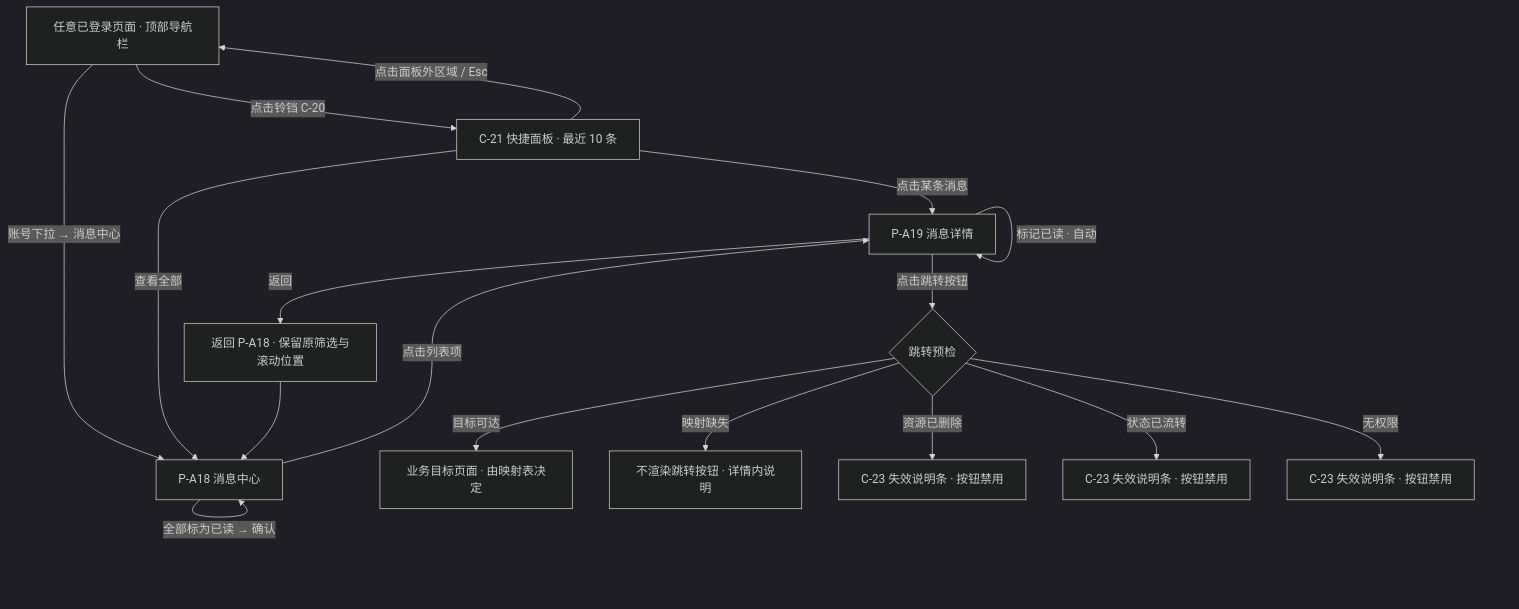
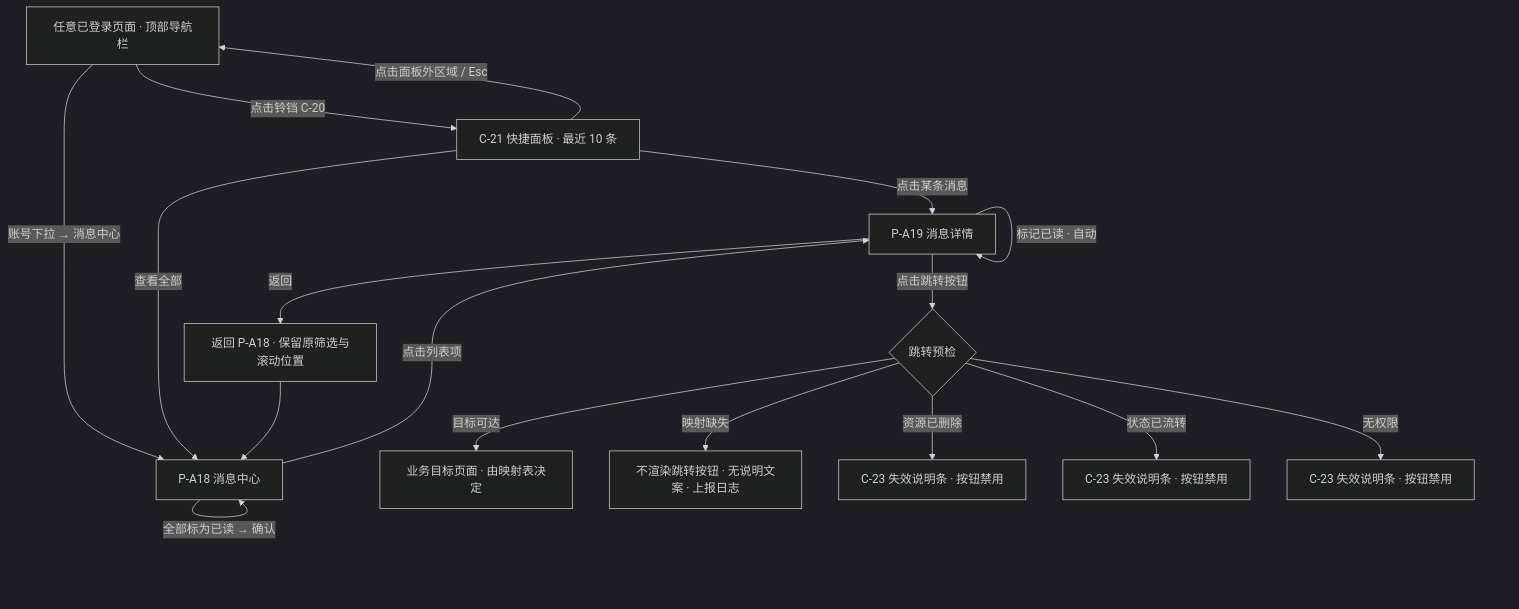
The diagram in asset-platform/prd/v1.0-消息通知/v1.0-消息通知-PRD.md (wxblockchain/Chain-Financing), drawn with Mermaid (dark theme) before and after one commit. The commit also changed other lines of this file and 5 other files, not shown here.

````diff
--- a/asset-platform/prd/v1.0-消息通知/v1.0-消息通知-PRD.md
+++ b/asset-platform/prd/v1.0-消息通知/v1.0-消息通知-PRD.md
@@ -370,25 +370,25 @@
 ```mermaid
 flowchart TD
     Nav[任意已登录页面 · 顶部导航栏] -->|点击铃铛 C-20| Panel[C-21 快捷面板 · 最近 10 条]
     Nav -->|账号下拉 → 消息中心| List[P-A18 消息中心]
 
     Panel -->|点击某条消息| Detail[P-A19 消息详情]
     Panel -->|查看全部| List
     Panel -->|点击面板外区域 / Esc| Nav
 
     List -->|点击列表项| Detail
     List -->|行内「标为已读」| List
     List -->|全部标为已读 → 确认| List
 
     Detail -->|标记已读 · 自动| Detail
     Detail -->|返回| ListBack[返回 P-A18 · 保留原筛选与滚动位置]
     Detail -->|点击跳转按钮| Precheck{跳转预检}
 
     Precheck -->|目标可达| Target[业务目标页面 · 由映射表决定]
-    Precheck -->|映射缺失| Deg1[不渲染跳转按钮 · 详情内说明]
+    Precheck -->|映射缺失| Deg1[不渲染跳转按钮 · 无说明文案 · 上报日志]
     Precheck -->|资源已删除| Deg2[C-23 失效说明条 · 按钮禁用]
     Precheck -->|状态已流转| Deg3[C-23 失效说明条 · 按钮禁用]
     Precheck -->|无权限| Deg4[C-23 失效说明条 · 按钮禁用]
 
     ListBack --> List
 ```
````
